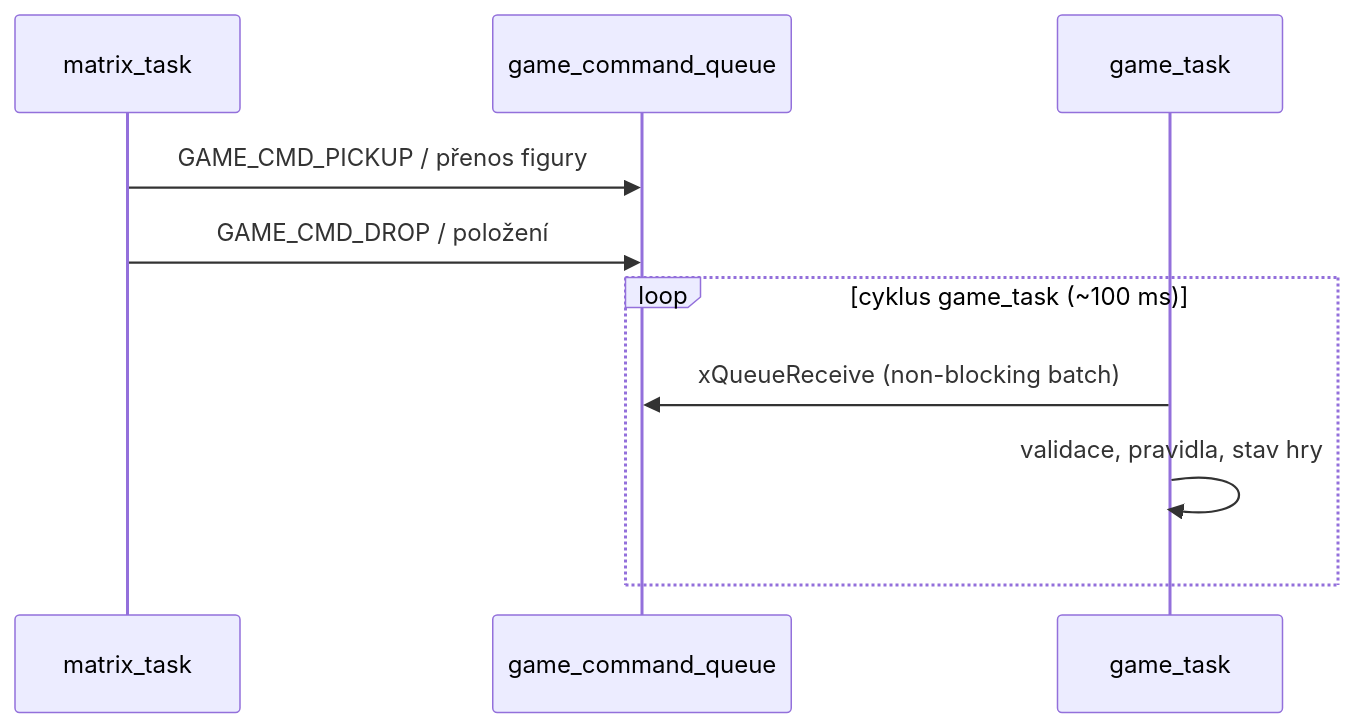
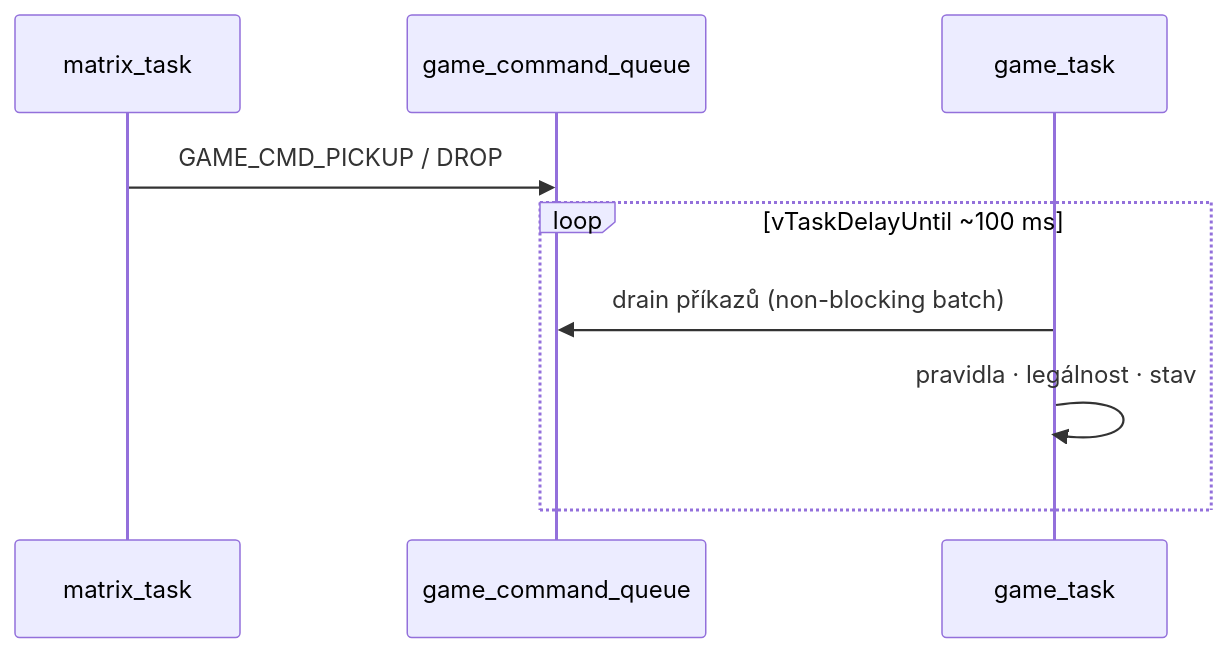
The second of 2 diagrams in docs/diagrams/README.md (AlfredKrutina/chess_esp32_c6_devkit), drawn with Mermaid before and after one commit. The commit also changed other lines of this file and 21 other files, not shown here.

First line of the commit message:
docs(diagrams): přesná topologie, rozšířený README a nové .mmd

````diff
--- a/docs/diagrams/README.md
+++ b/docs/diagrams/README.md
@@ -98,13 +133,11 @@
 ```mermaid
 sequenceDiagram
   participant MT as matrix_task
   participant GQ as game_command_queue
   participant GT as game_task
-
-  MT->>GQ: GAME_CMD_PICKUP / přenos figury
-  MT->>GQ: GAME_CMD_DROP / položení
-  loop cyklus game_task (~100 ms)
-    GT->>GQ: xQueueReceive (non-blocking batch)
-    GT->>GT: validace, pravidla, stav hry
+  MT->>GQ: GAME_CMD_PICKUP / DROP
+  loop vTaskDelayUntil ~100 ms
+    GT->>GQ: drain příkazů (non-blocking batch)
+    GT->>GT: pravidla · legálnost · stav
   end
 ```
````
